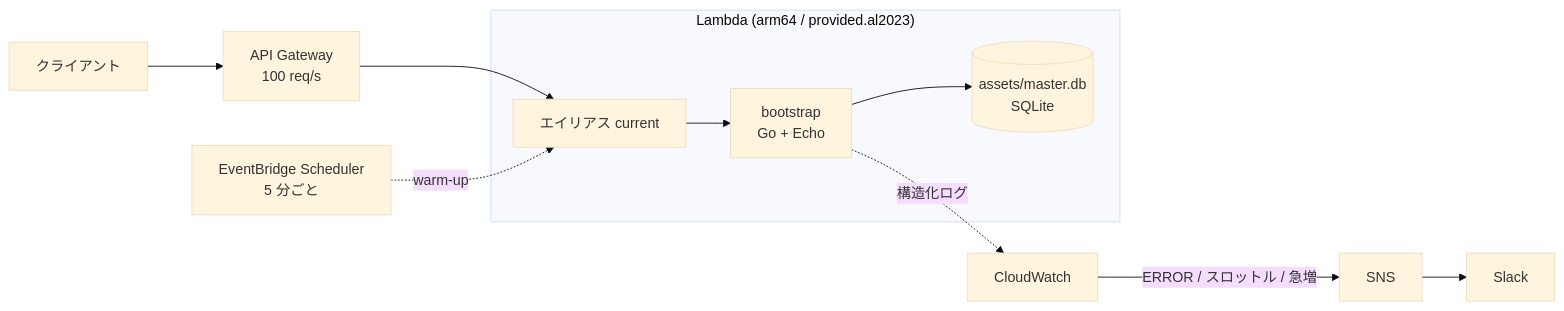
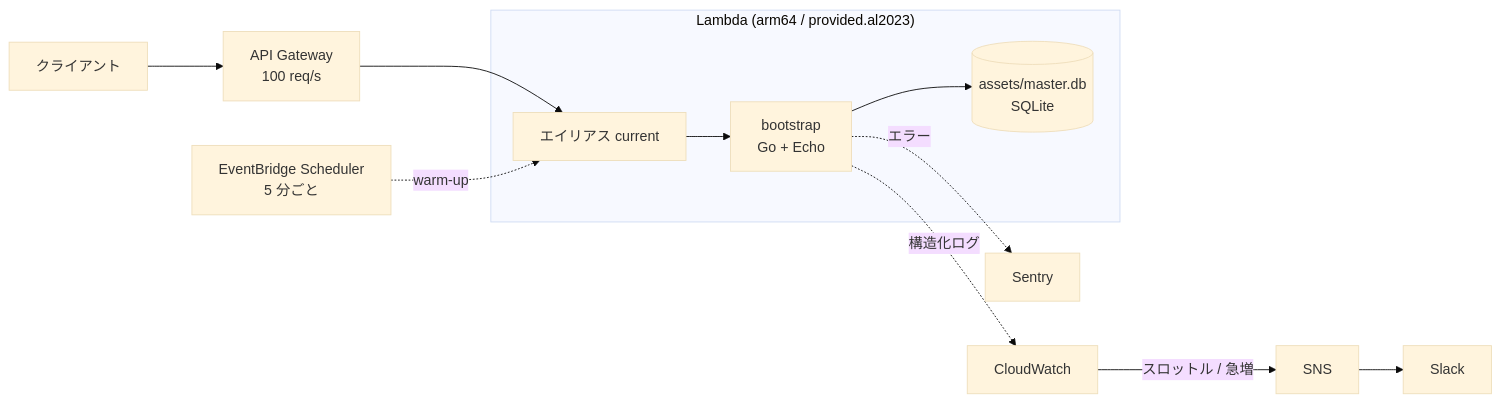
Before and after one commit to Inouey1008/kusuri-api-poc: the diagram in README.md, drawn with Mermaid (base theme). The commit also changed other lines of this file and 22 other files, not shown here.

````diff
--- a/README.md
+++ b/README.md
@@ -45,15 +45,16 @@
 ```mermaid
 flowchart LR
     C["クライアント"] --> G["API Gateway<br/>100 req/s"]
     G --> A["エイリアス current"]
 
     subgraph L["Lambda (arm64 / provided.al2023)"]
         A --> B["bootstrap<br/>Go + Echo"]
         B --> D[("assets/master.db<br/>SQLite")]
     end
 
     S["EventBridge Scheduler<br/>5 分ごと"] -.warm-up.-> A
     B -.構造化ログ.-> W["CloudWatch"]
-    W -->|"ERROR / スロットル / 急増"| N["SNS"]
+    W -->|"スロットル / 急増"| N["SNS"]
     N --> K["Slack"]
+    B -.エラー.-> ST["Sentry"]
 ```
````
